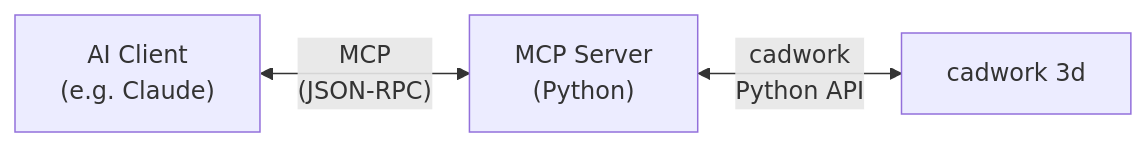
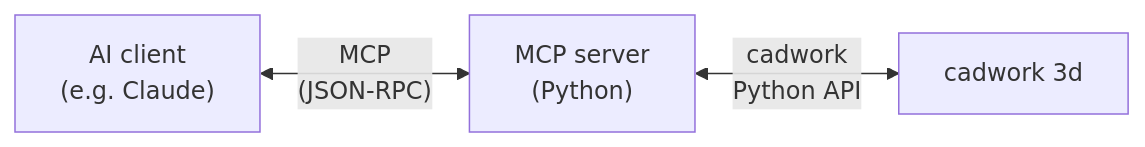
Before and after one commit to Brunner246/berner-fachhochschule-python: the second of 2 diagrams in docs/cadwork-api/mcp.md, drawn with Mermaid. The commit also changed other lines of this file and 10 other files, not shown here.

````diff
--- a/docs/cadwork-api/mcp.md
+++ b/docs/cadwork-api/mcp.md
@@ -13,5 +89,5 @@
 ```mermaid
 flowchart LR
-    A["AI Client\n(e.g. Claude)"] <-->|"MCP\n(JSON-RPC)"| B["MCP Server\n(Python)"]
-    B <-->|"cadwork\nPython API"| C["cadwork 3d"]
+    A["AI client<br/>(e.g. Claude)"] <-->|"MCP<br/>(JSON-RPC)"| B["MCP server<br/>(Python)"]
+    B <-->|"cadwork<br/>Python API"| C["cadwork 3d"]
 ```
````
